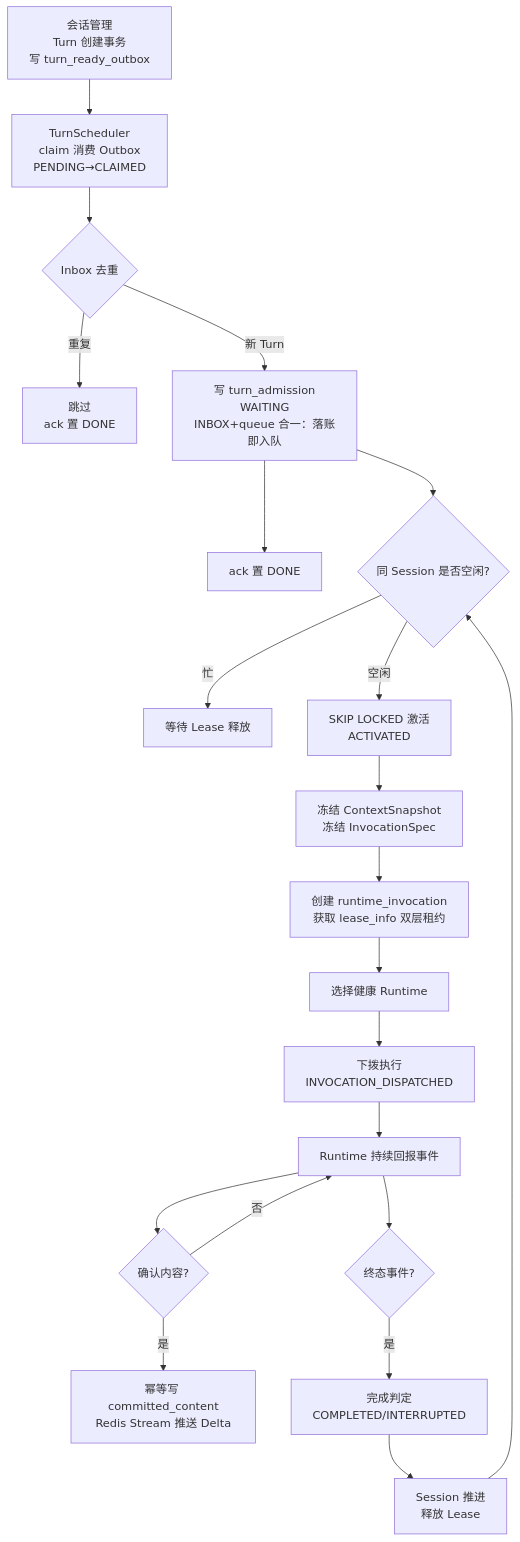
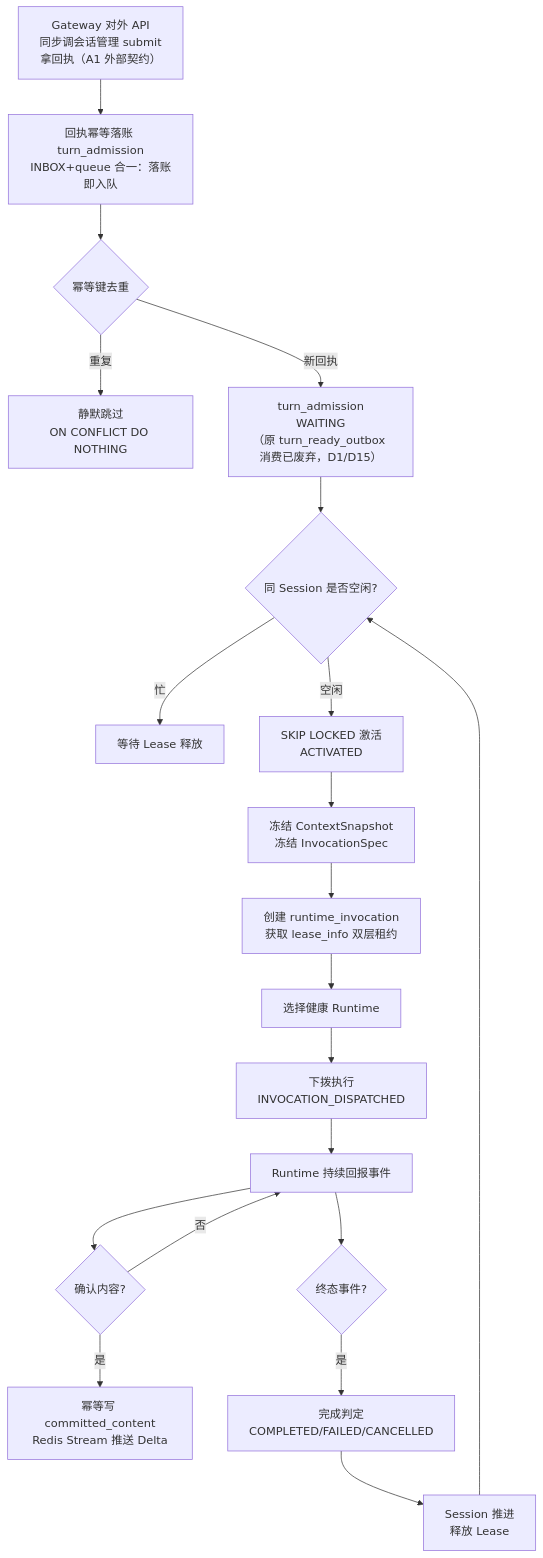
One commit to JamesLi-NLP/AgentGateway changed the fifth of 7 diagrams in design/turn-scheduler-hld.md. Above: the diagram before and after it, drawn with Mermaid. The commit also changed other lines of this file and 13 other files, not shown here.

````diff
--- a/design/turn-scheduler-hld.md
+++ b/design/turn-scheduler-hld.md
@@ -279,23 +284,22 @@
 ```mermaid
 flowchart TD
-    A[会话管理<br/>Turn 创建事务<br/>写 turn_ready_outbox] --> B[TurnScheduler<br/>claim 消费 Outbox<br/>PENDING→CLAIMED]
-    B --> C{Inbox 去重}
-    C -- 重复 --> X[跳过<br/>ack 置 DONE]
-    C -- 新 Turn --> D[写 turn_admission<br/>WAITING<br/>INBOX+queue 合一：落账即入队]
-    D --> D1[ack 置 DONE]
+    A[Gateway 对外 API<br/>同步调会话管理 submit<br/>拿回执（A1 外部契约）] --> B[回执幂等落账 turn_admission<br/>INBOX+queue 合一：落账即入队]
+    B --> C{幂等键去重}
+    C -- 重复 --> X[静默跳过<br/>ON CONFLICT DO NOTHING]
+    C -- 新回执 --> D[turn_admission<br/>WAITING<br/>（原 turn_ready_outbox 消费已废弃，D1/D15）]
     D --> F{同 Session 是否空闲?}
     F -- 忙 --> G[等待 Lease 释放]
     F -- 空闲 --> H[SKIP LOCKED 激活<br/>ACTIVATED]
     H --> I[冻结 ContextSnapshot<br/>冻结 InvocationSpec]
     I --> J[创建 runtime_invocation<br/>获取 lease_info 双层租约]
     J --> K[选择健康 Runtime]
     K --> L[下拨执行<br/>INVOCATION_DISPATCHED]
     L --> M[Runtime 持续回报事件]
     M --> N{确认内容?}
     N -- 是 --> O[幂等写 committed_content<br/>Redis Stream 推送 Delta]
     N -- 否 --> M
     M --> P{终态事件?}
-    P -- 是 --> Q[完成判定<br/>COMPLETED/INTERRUPTED]
+    P -- 是 --> Q[完成判定<br/>COMPLETED/FAILED/CANCELLED]
     Q --> R[Session 推进<br/>释放 Lease]
     R --> F
 ```
````
